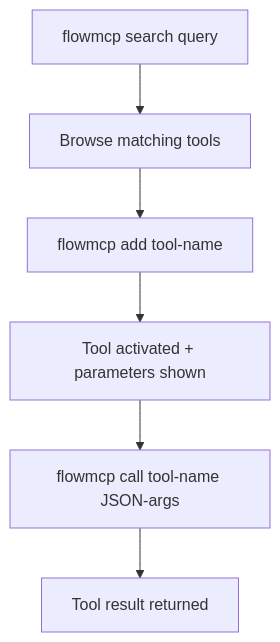
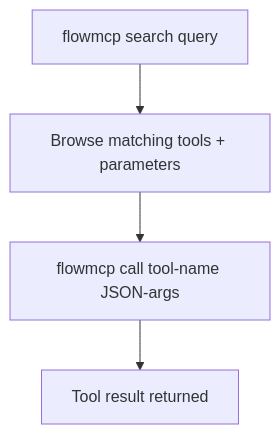
Before and after one commit to FlowMCP/flowmcp.github.io: the diagram in src/content/docs/de/reference/cli.mdx, drawn with Mermaid. The commit also changed other lines of this file and 36 other files, not shown here.

````diff
--- a/src/content/docs/de/reference/cli.mdx
+++ b/src/content/docs/de/reference/cli.mdx
@@ -23,8 +23,6 @@
 ```mermaid
 flowchart TD
-    A[flowmcp search query] --> B[Browse matching tools]
-    B --> C[flowmcp add tool-name]
-    C --> D[Tool activated + parameters shown]
-    D --> E[flowmcp call tool-name JSON-args]
+    A[flowmcp search query] --> B[Browse matching tools + parameters]
+    B --> E[flowmcp call tool-name JSON-args]
     E --> F[Tool result returned]
 ```
````
